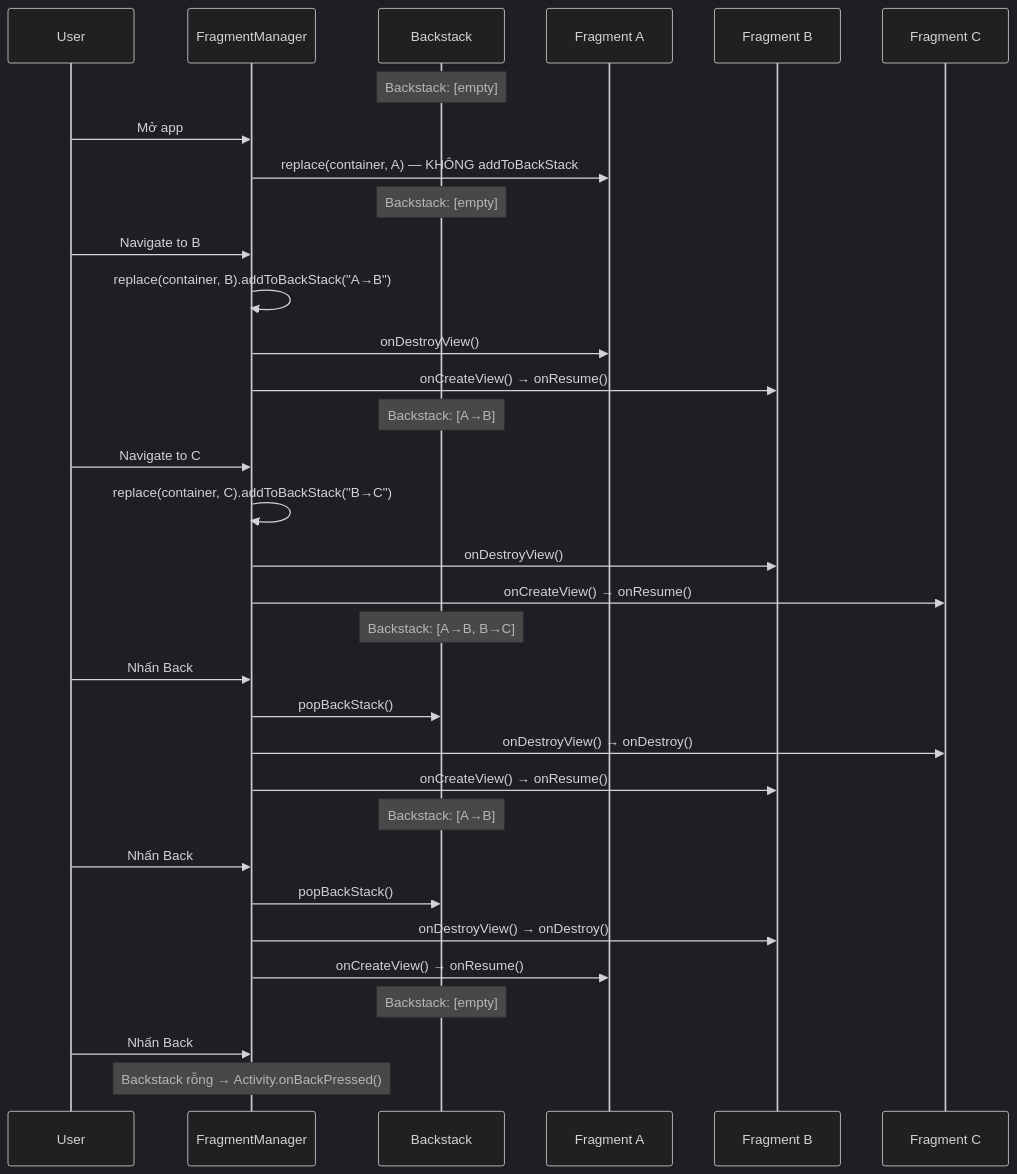
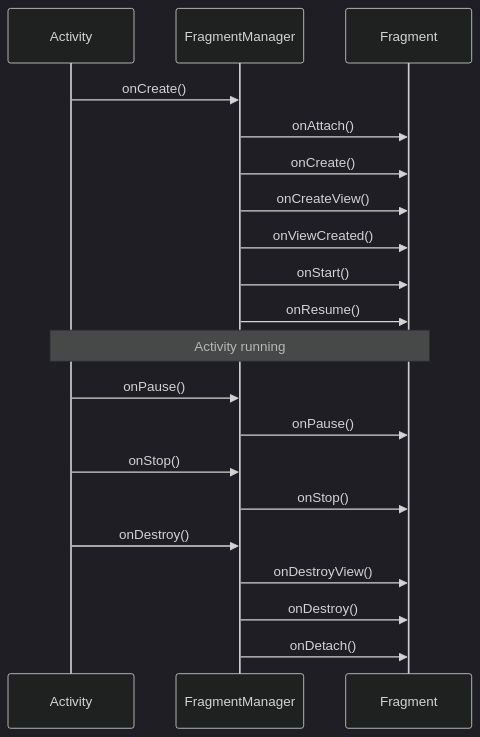
Before and after one commit to h1eu/knowledge: the second of 5 diagrams in knowledge/android/docs/session_04/components/fragment/fragment_manager.md, drawn with Mermaid (dark theme). The commit also changed other lines of this file and 80 other files, not shown here.

First line of the commit message:
docs(android): rewrite Session 01, add Claude Code config and diagrams

````diff
--- a/knowledge/android/docs/session_04/components/fragment/fragment_manager.md
+++ b/knowledge/android/docs/session_04/components/fragment/fragment_manager.md
@@ -133,41 +116,25 @@
 ```mermaid
 sequenceDiagram
-    participant User
+    participant A as Activity
     participant FM as FragmentManager
-    participant BS as Backstack
-    participant A as Fragment A
-    participant B as Fragment B
-    participant C as Fragment C
-
-    Note over BS: Backstack: [empty]
-    User->>FM: Mở app
-    FM->>A: replace(container, A) — KHÔNG addToBackStack
-    Note over BS: Backstack: [empty]
+    participant F as Fragment
     
-    User->>FM: Navigate to B
-    FM->>FM: replace(container, B).addToBackStack("A→B")
-    FM->>A: onDestroyView()
-    FM->>B: onCreateView() → onResume()
-    Note over BS: Backstack: [A→B]
-
-    User->>FM: Navigate to C
-    FM->>FM: replace(container, C).addToBackStack("B→C")
-    FM->>B: onDestroyView()
-    FM->>C: onCreateView() → onResume()
-    Note over BS: Backstack: [A→B, B→C]
-
-    User->>FM: Nhấn Back
-    FM->>BS: popBackStack()
-    FM->>C: onDestroyView() → onDestroy()
-    FM->>B: onCreateView() → onResume()
-    Note over BS: Backstack: [A→B]
-
-    User->>FM: Nhấn Back
-    FM->>BS: popBackStack()
-    FM->>B: onDestroyView() → onDestroy()
-    FM->>A: onCreateView() → onResume()
-    Note over BS: Backstack: [empty]
-
-    User->>FM: Nhấn Back
-    Note over FM: Backstack rỗng → Activity.onBackPressed()
+    A->>FM: onCreate()
+    FM->>F: onAttach()
+    FM->>F: onCreate()
+    FM->>F: onCreateView()
+    FM->>F: onViewCreated()
+    FM->>F: onStart()
+    FM->>F: onResume()
+    
+    Note over A,F: Activity running
+    
+    A->>FM: onPause()
+    FM->>F: onPause()
+    A->>FM: onStop()
+    FM->>F: onStop()
+    A->>FM: onDestroy()
+    FM->>F: onDestroyView()
+    FM->>F: onDestroy()
+    FM->>F: onDetach()
 ```
````
